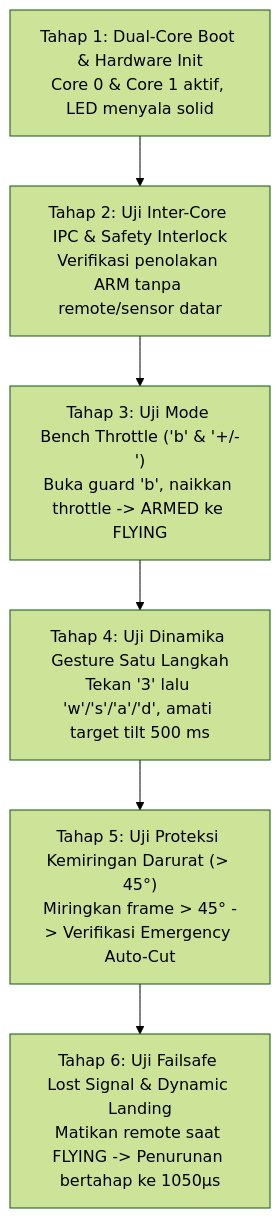
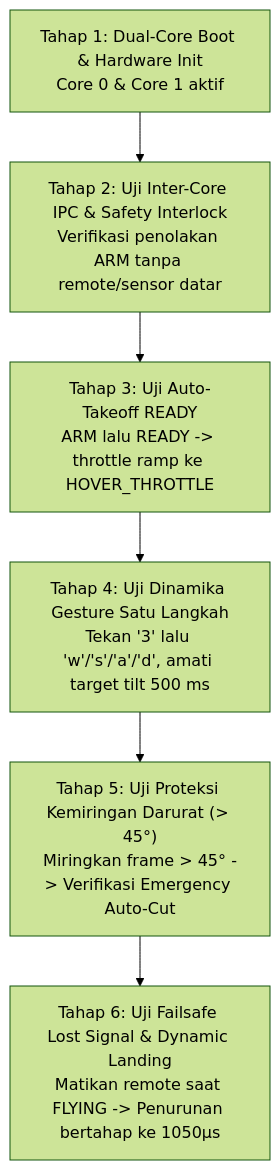
The fifth of 5 diagrams in arsitektur.md (qiuFrrl/QuadcopterF450), drawn with Mermaid (forest theme) before and after one commit. The commit also changed other lines of this file and 3 other files, not shown here.

````diff
--- a/arsitektur.md
+++ b/arsitektur.md
@@ -486,8 +491,8 @@
 ```mermaid
 graph TD
-    T1["Tahap 1: Dual-Core Boot & Hardware Init<br/>Core 0 & Core 1 aktif, LED menyala solid"] --> T2["Tahap 2: Uji Inter-Core IPC & Safety Interlock<br/>Verifikasi penolakan ARM tanpa remote/sensor datar"]
-    T2 --> T3["Tahap 3: Uji Mode Bench Throttle ('b' & '+/-')<br/>Buka guard 'b', naikkan throttle -> ARMED ke FLYING"]
+    T1["Tahap 1: Dual-Core Boot & Hardware Init<br/>Core 0 & Core 1 aktif"] --> T2["Tahap 2: Uji Inter-Core IPC & Safety Interlock<br/>Verifikasi penolakan ARM tanpa remote/sensor datar"]
+    T2 --> T3["Tahap 3: Uji Auto-Takeoff READY<br/>ARM lalu READY -> throttle ramp ke HOVER_THROTTLE"]
     T3 --> T4["Tahap 4: Uji Dinamika Gesture Satu Langkah<br/>Tekan '3' lalu 'w'/'s'/'a'/'d', amati target tilt 500 ms"]
     T4 --> T5["Tahap 5: Uji Proteksi Kemiringan Darurat (> 45°)<br/>Miringkan frame > 45° -> Verifikasi Emergency Auto-Cut"]
     T5 --> T6["Tahap 6: Uji Failsafe Lost Signal & Dynamic Landing<br/>Matikan remote saat FLYING -> Penurunan bertahap ke 1050µs"]
 ```
````
